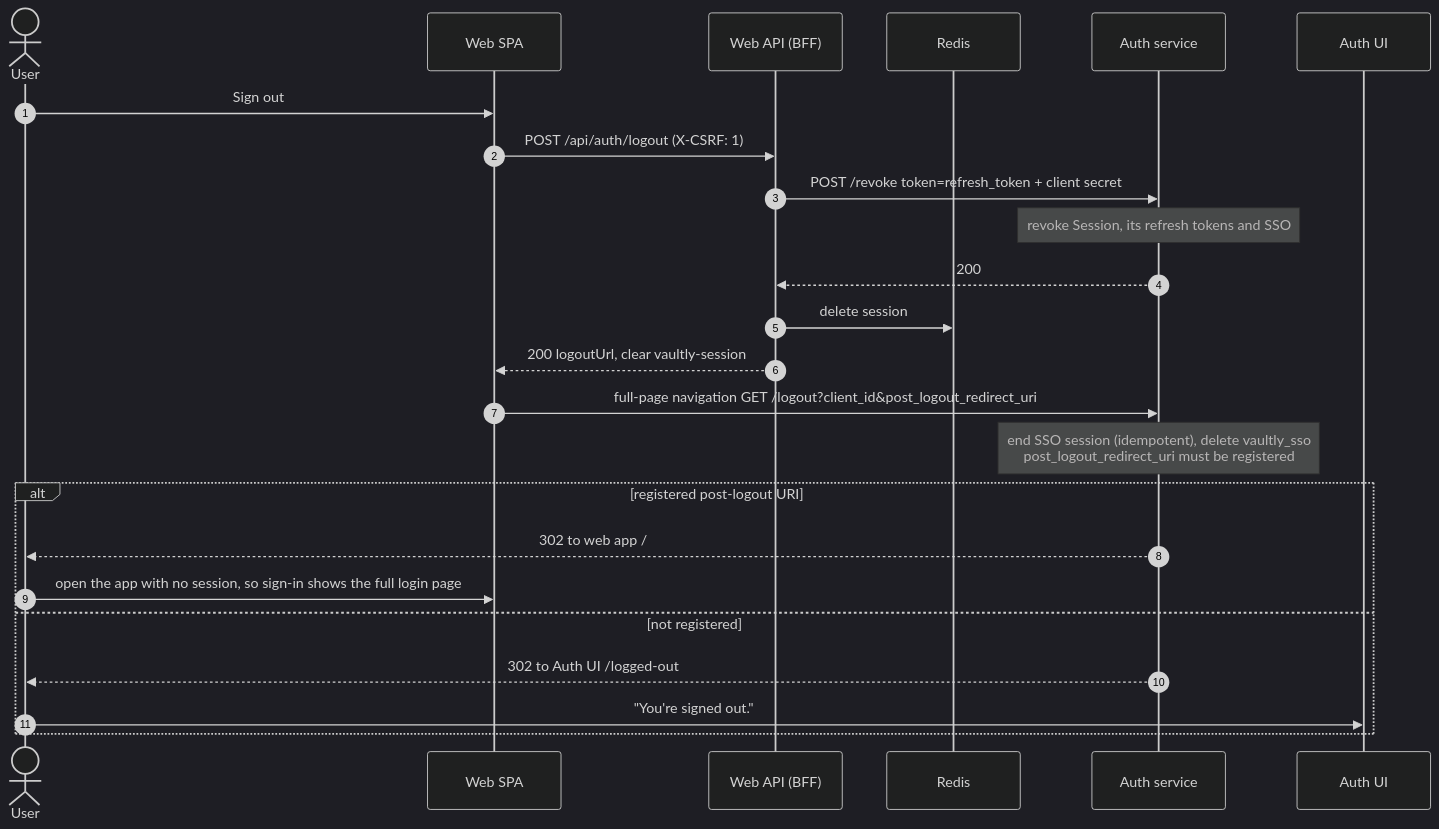
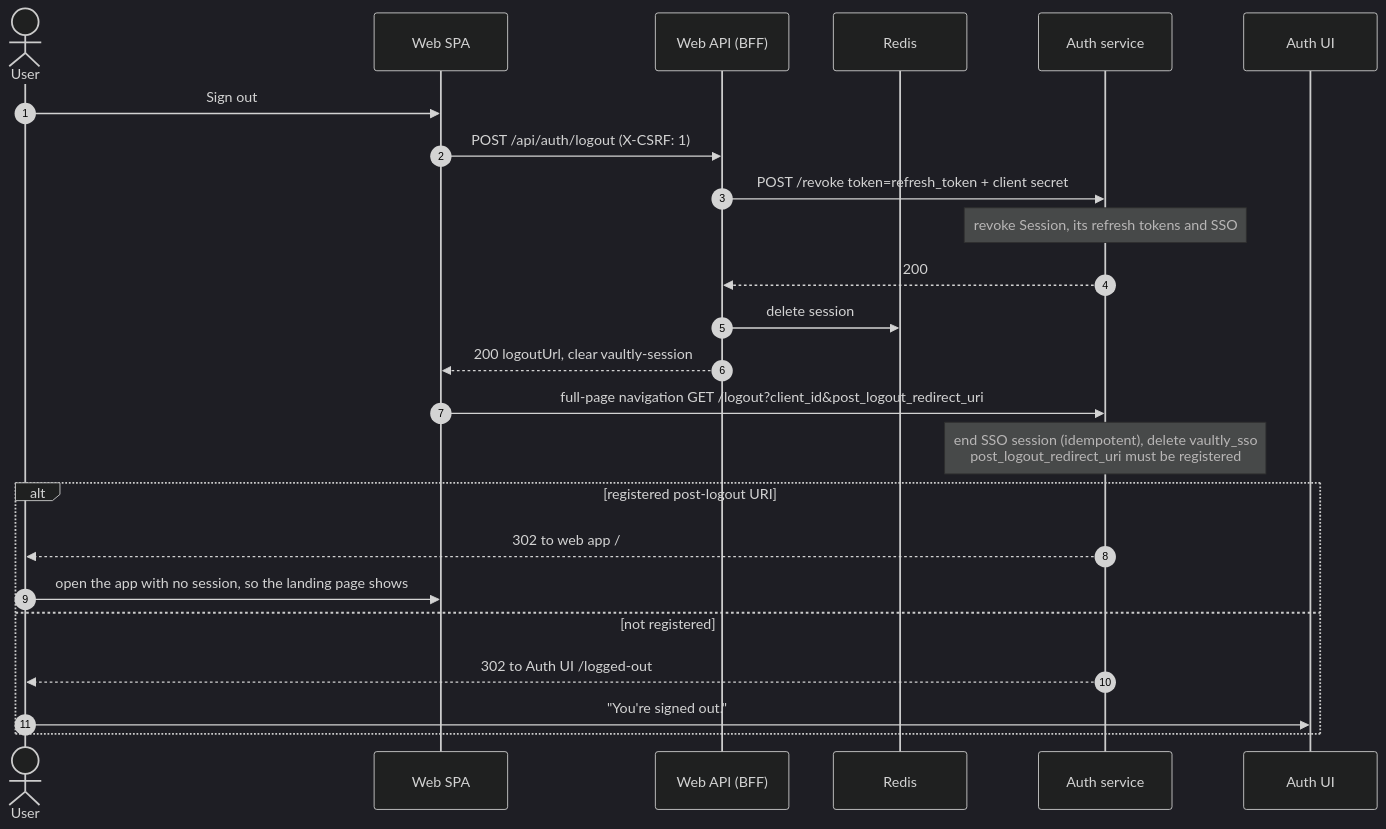
Before and after one commit to stp-nowak/VAULTLY: the fifth of 7 diagrams in docs/architecture/authentication.md, drawn with Mermaid (dark theme). The commit also changed other lines of this file and 28 other files, not shown here.

First line of the commit message:
feat: show a landing page instead of redirecting to sign-in

````diff
--- a/docs/architecture/authentication.md
+++ b/docs/architecture/authentication.md
@@ -177,27 +183,27 @@
 ```mermaid
 sequenceDiagram
     autonumber
     actor U as User
     participant SPA as Web SPA
     participant BFF as Web API (BFF)
     participant R as Redis
     participant A as Auth service
     participant UI as Auth UI
 
     U->>SPA: Sign out
     SPA->>BFF: POST /api/auth/logout (X-CSRF: 1)
     BFF->>A: POST /revoke token=refresh_token + client secret
     Note over A: revoke Session, its refresh tokens and SSO
     A-->>BFF: 200
     BFF->>R: delete session
     BFF-->>SPA: 200 logoutUrl, clear vaultly-session
     SPA->>A: full-page navigation GET /logout?client_id&post_logout_redirect_uri
     Note over A: end SSO session (idempotent), delete vaultly_sso<br/>post_logout_redirect_uri must be registered
     alt registered post-logout URI
         A-->>U: 302 to web app /
-        U->>SPA: open the app with no session, so sign-in shows the full login page
+        U->>SPA: open the app with no session, so the landing page shows
     else not registered
         A-->>U: 302 to Auth UI /logged-out
         U->>UI: "You're signed out."
     end
 ```
````
